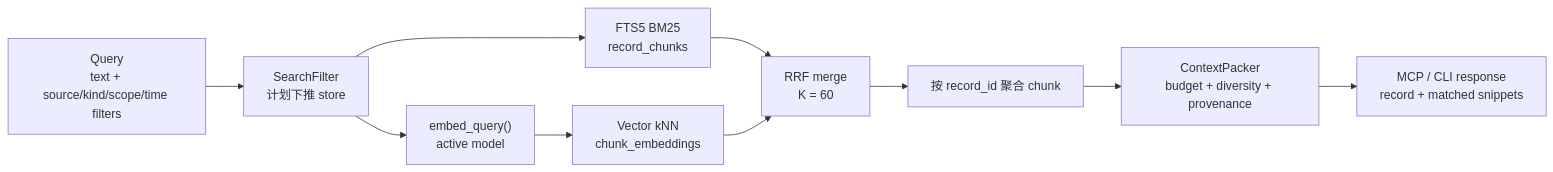
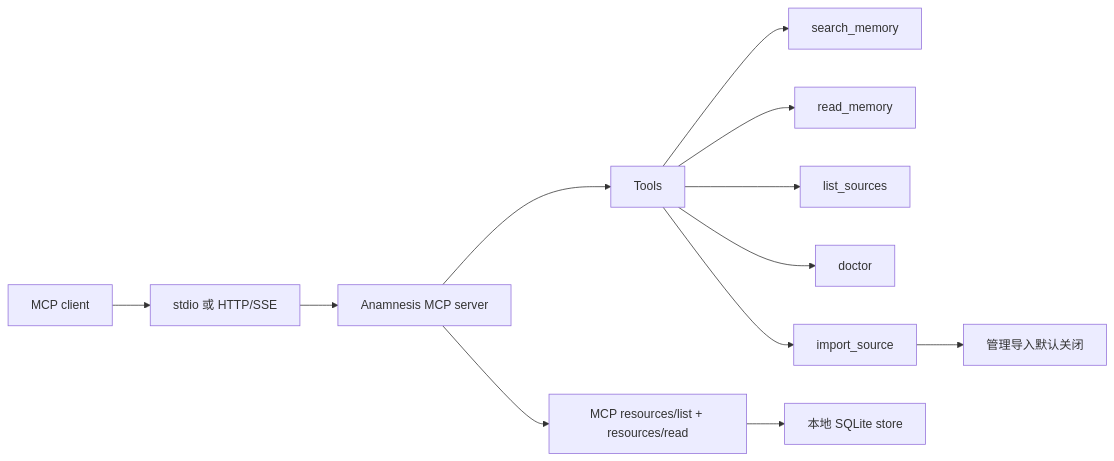
Before and after one commit to Trapezohe/Anamnesis: the fourth of 5 diagrams in README.zh-CN.md, drawn with Mermaid. The commit also changed other lines of this file and 27 other files, not shown here.

````diff
--- a/README.zh-CN.md
+++ b/README.zh-CN.md
@@ -231,14 +170,14 @@
 ```mermaid
 flowchart LR
-  Q["Query<br/>text + source/kind/scope/time filters"] --> Filter["SearchFilter<br/>计划下推 store"]
-
-  Filter --> FTS["FTS5 BM25<br/>record_chunks"]
-  Filter --> QEmbed["embed_query()<br/>active model"]
-  QEmbed --> Vec["Vector kNN<br/>chunk_embeddings"]
-
-  FTS --> RRF["RRF merge<br/>K = 60"]
-  Vec --> RRF
-  RRF --> Agg["按 record_id 聚合 chunk"]
-  Agg --> Pack["ContextPacker<br/>budget + diversity + provenance"]
-  Pack --> Resp["MCP / CLI response<br/>record + matched snippets"]
+    Agent["MCP client"] --> Transport["stdio 或 HTTP/SSE"]
+    Transport --> Server["Anamnesis MCP server"]
+    Server --> Tools["Tools"]
+    Tools --> Search["search_memory"]
+    Tools --> Read["read_memory"]
+    Tools --> List["list_sources"]
+    Tools --> Doctor["doctor"]
+    Tools --> Import["import_source"]
+    Import --> Gate["管理导入默认关闭"]
+    Server --> Resources["MCP resources/list + resources/read"]
+    Resources --> Store["本地 SQLite store"]
 ```
````
